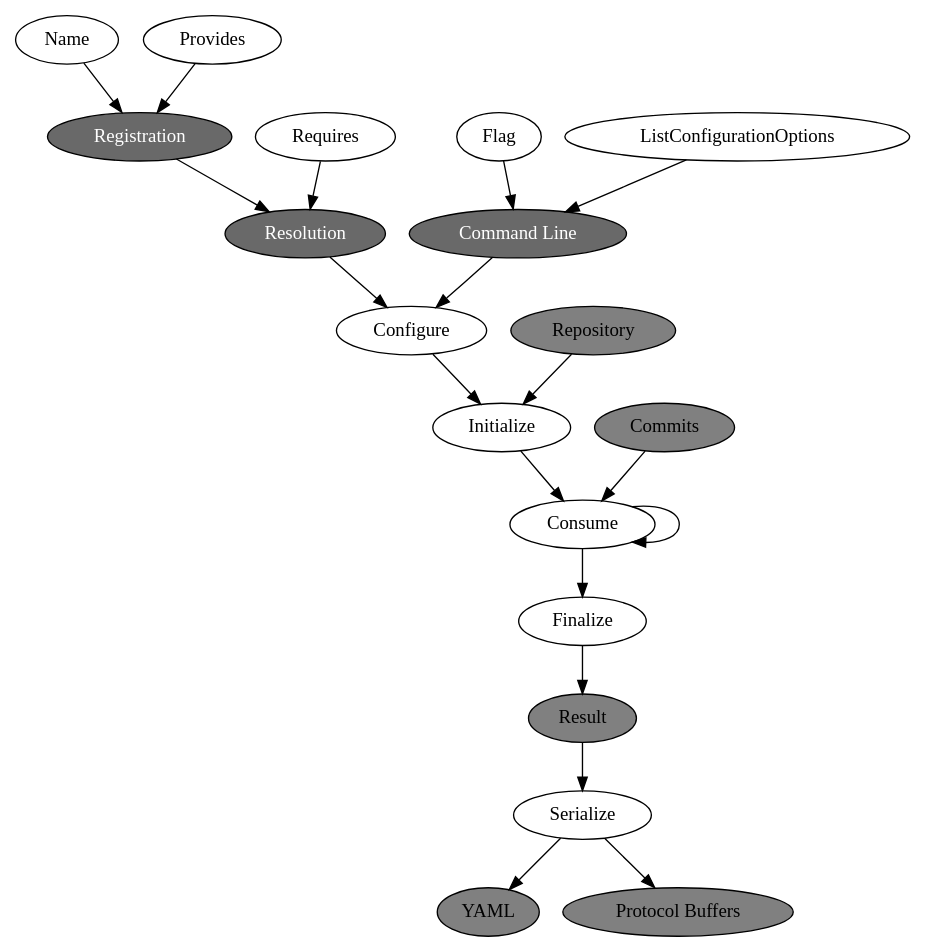
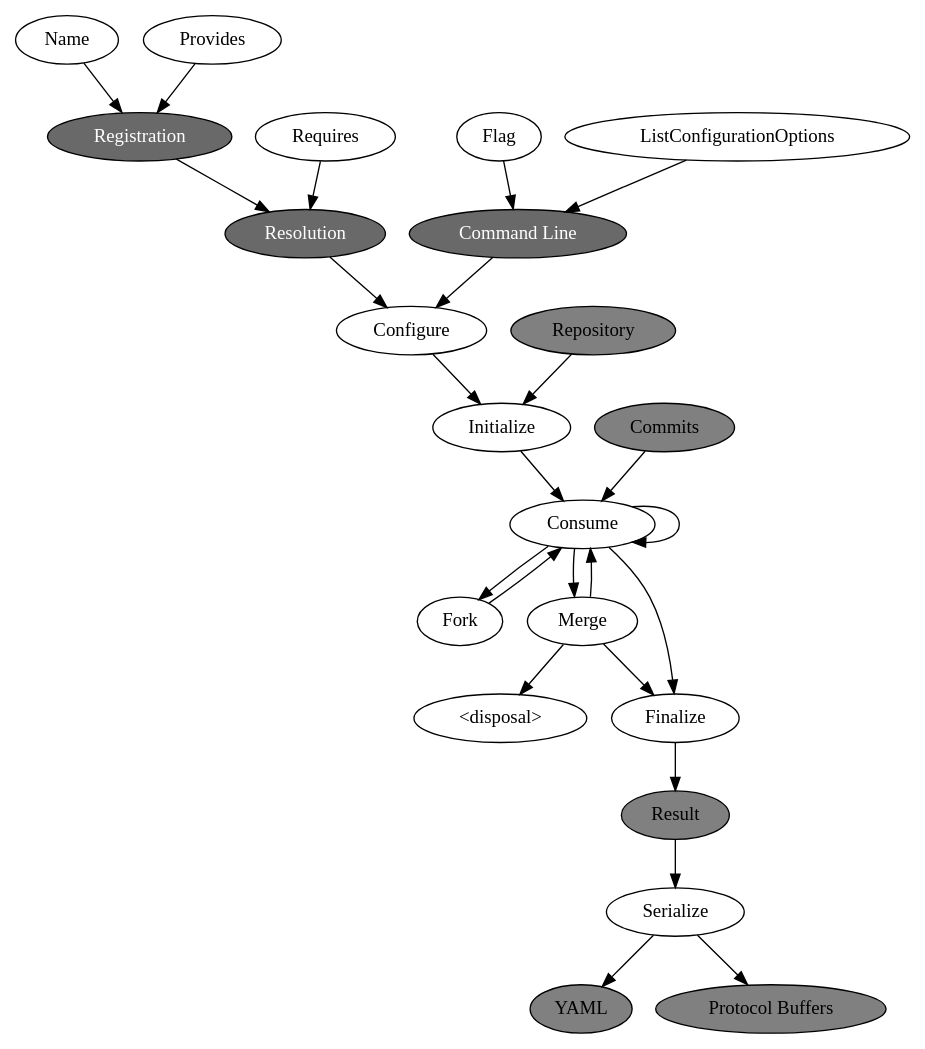
Before and after one commit to src-d/hercules: the diagram in doc/leaf_pipeline_item.dot, drawn with Graphviz. The commit also changed 8 other files, not shown here.

```diff
--- a/doc/leaf_pipeline_item.dot
+++ b/doc/leaf_pipeline_item.dot
@@ -1,28 +1,34 @@
 digraph PipelineItem {
   Name -> Registration
   Provides -> Registration
   Registration -> Resolution
   Requires -> Resolution
   Resolution -> Configure
   Flag -> "Command Line"
   ListConfigurationOptions -> "Command Line"
   "Command Line" -> Configure
   Configure -> Initialize
   Repository -> Initialize
   Initialize -> Consume
   Commits -> Consume
   Consume -> Consume
+  Consume -> Fork
+  Fork -> Consume
+  Consume -> Merge
+  Merge -> Consume
+  Merge -> "<disposal>"
+  Merge -> Finalize
   Consume -> Finalize
   Finalize -> Result
   Result -> Serialize
   Serialize -> YAML
   Serialize -> "Protocol Buffers"
   Registration [style=filled, fillcolor=dimgray, fontcolor=white]
   Resolution [style=filled, fillcolor=dimgray, fontcolor=white]
   "Command Line" [style=filled, fillcolor=dimgray, fontcolor=white]
   Repository [style=filled, fillcolor=gray]
   Commits [style=filled, fillcolor=gray]
   Result [style=filled, fillcolor=gray]
   YAML [style=filled, fillcolor=gray]
   "Protocol Buffers" [style=filled, fillcolor=gray]
 }
```
